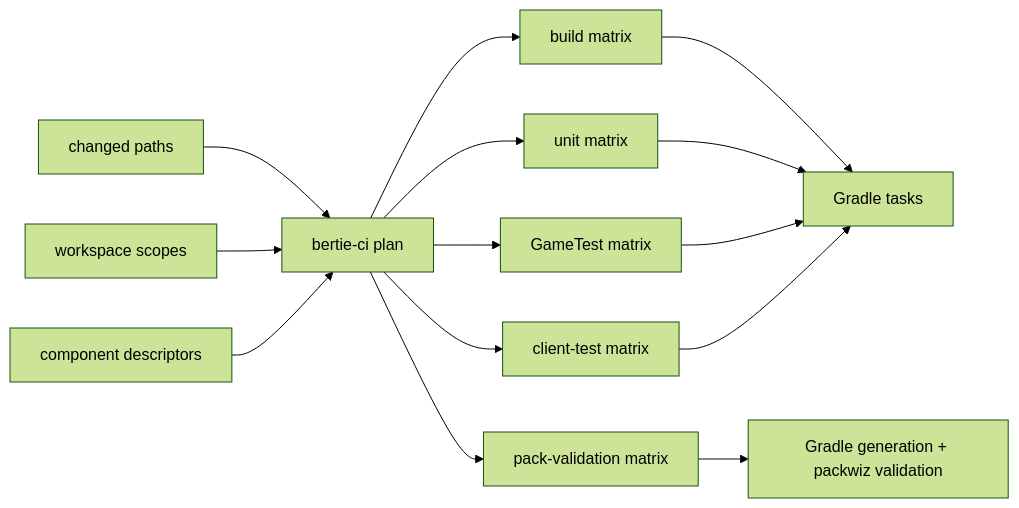
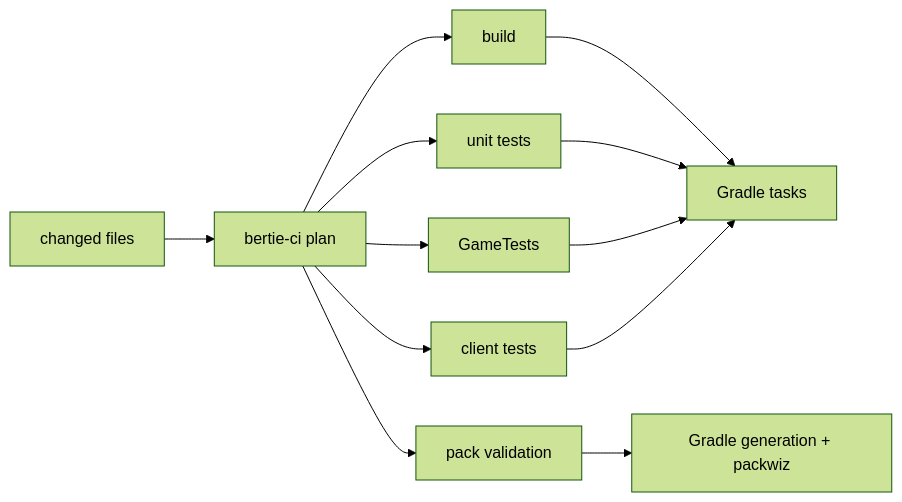
Before and after one commit to bertie-mc/bertie: the first of 2 diagrams in docs/cicd.md, drawn with Mermaid (forest theme). The commit also changed other lines of this file and 3 other files, not shown here.

Commit message:
docs: describe build and test workflows

````diff
--- a/docs/cicd.md
+++ b/docs/cicd.md
@@ -105,16 +57,14 @@
 ```mermaid
 flowchart LR
-    D["changed paths"] --> P["bertie-ci plan"]
-    W["workspace scopes"] --> P
-    C["component descriptors"] --> P
-    P --> B["build matrix"]
-    P --> U["unit matrix"]
-    P --> G["GameTest matrix"]
-    P --> T["client-test matrix"]
-    P --> V["pack-validation matrix"]
-    B --> E["Gradle tasks"]
-    U --> E
-    G --> E
-    T --> E
-    V --> X["Gradle generation + packwiz validation"]
+    D["changed files"] --> P["bertie-ci plan"]
+    P --> B["build"]
+    P --> U["unit tests"]
+    P --> G["GameTests"]
+    P --> C["client tests"]
+    P --> V["pack validation"]
+    B --> T["Gradle tasks"]
+    U --> T
+    G --> T
+    C --> T
+    V --> K["Gradle generation + packwiz"]
 ```
````
